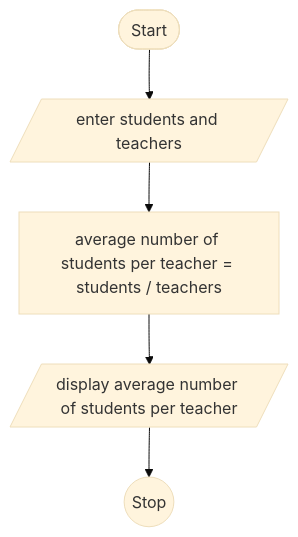
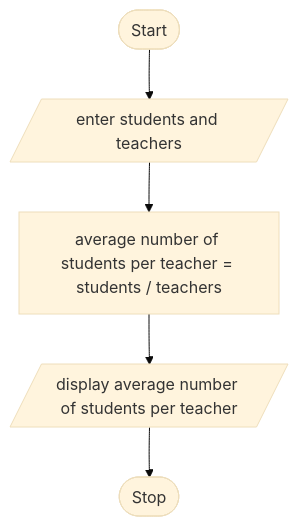
Before and after one commit to zmef/cplusplus: the diagram in EX1.md, drawn with Mermaid (base theme).

````diff
--- a/EX1.md
+++ b/EX1.md
@@ -1,7 +1,7 @@
 ```mermaid
 flowchart TD
     A(["Start"]) --> B[/enter students and teachers/]
     B --> C[average number of students per teacher = students / teachers]
     C --> D[/display average number of students per teacher/]
-    D --> E((Stop))
+    D --> E(["Stop"])
 ```
````
